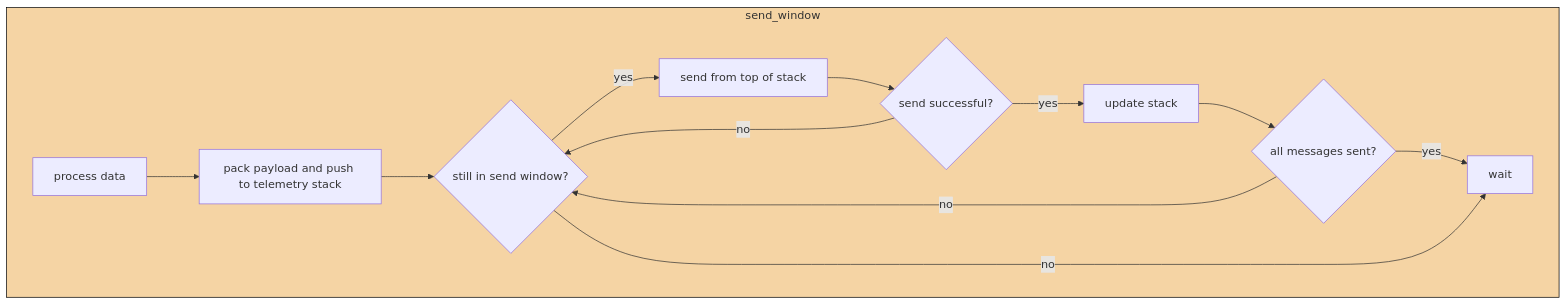
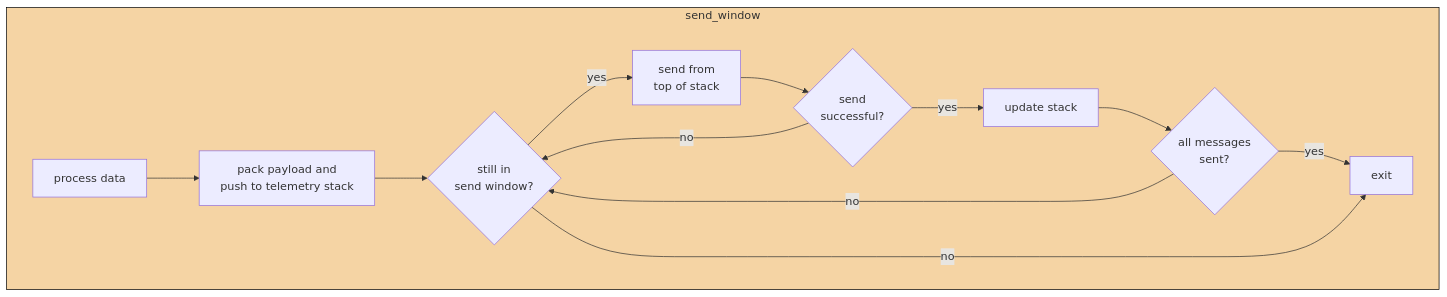
The seventh of 7 diagrams in doc/Design.md (SASlabgroup/microSWIFT), drawn with Mermaid before and after one commit.

Commit message:
updates send window

````diff
--- a/doc/Design.md
+++ b/doc/Design.md
@@ -190,22 +190,22 @@
 ```mermaid
 flowchart LR
     subgraph send_window
     direction LR
-    process["process data"]-->pack["pack payload and push to telemetry stack"]
-            pack-->in_send{"still in send window?"}
-            in_send-->|yes| send["send from top of stack"];
-                send-->send_successful{"send successful?"}
+    process["process data"]-->pack["pack payload and<br/>push to telemetry stack"]
+            pack-->in_send{"still in<br/>send window?"}
+            in_send-->|yes| send["send from<br/>top of stack"];
+                send-->send_successful{"send<br/>successful?"}
                     send_successful-->|yes| update_stack["update stack"]
-                        update_stack-->all_sent{"all messages sent?"}
-                        all_sent-->|yes| wait
+                        update_stack-->all_sent{"all messages<br/>sent?"}
+                        all_sent-->|yes| exit
 
                         all_sent-->|no| in_send
 
                     send_successful-->|no| in_send
 
-            in_send-->|no| wait 
+            in_send-->|no| exit
     end
 
     classDef orange fill:#f5d4a4,stroke:#000000,stroke-width:1px
     class send_window orange
 ```
````
